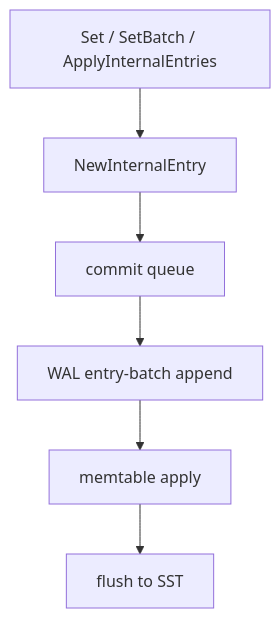
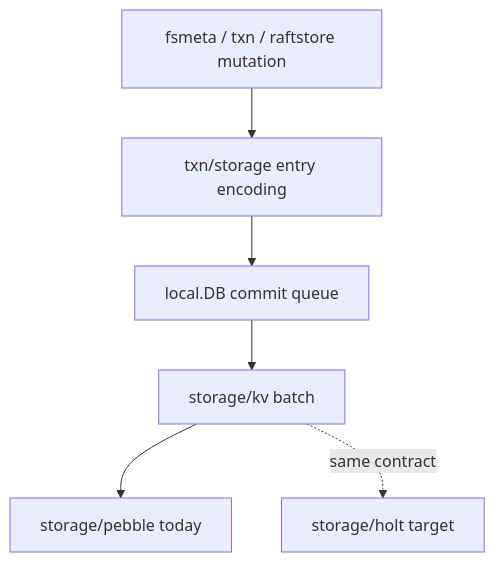
Before and after one commit to feichai0017/NoKV: the first of 2 diagrams in docs/guide/entry.md, drawn with Mermaid. The commit also changed other lines of this file and 144 other files, not shown here.

````diff
--- a/docs/guide/entry.md
+++ b/docs/guide/entry.md
@@ -45,8 +44,8 @@
 ```mermaid
 flowchart TD
-  A["Set / SetBatch / ApplyInternalEntries"] --> B["NewInternalEntry"]
-  B --> C["commit queue"]
-  C --> D["WAL entry-batch append"]
-  D --> E["memtable apply"]
-  E --> F["flush to SST"]
+  A["fsmeta / txn / raftstore mutation"] --> B["txn/storage entry encoding"]
+  B --> C["local.DB commit queue"]
+  C --> D["storage/kv batch"]
+  D --> E["storage/pebble today"]
+  D -. "same contract" .-> F["storage/holt target"]
 ```
````
